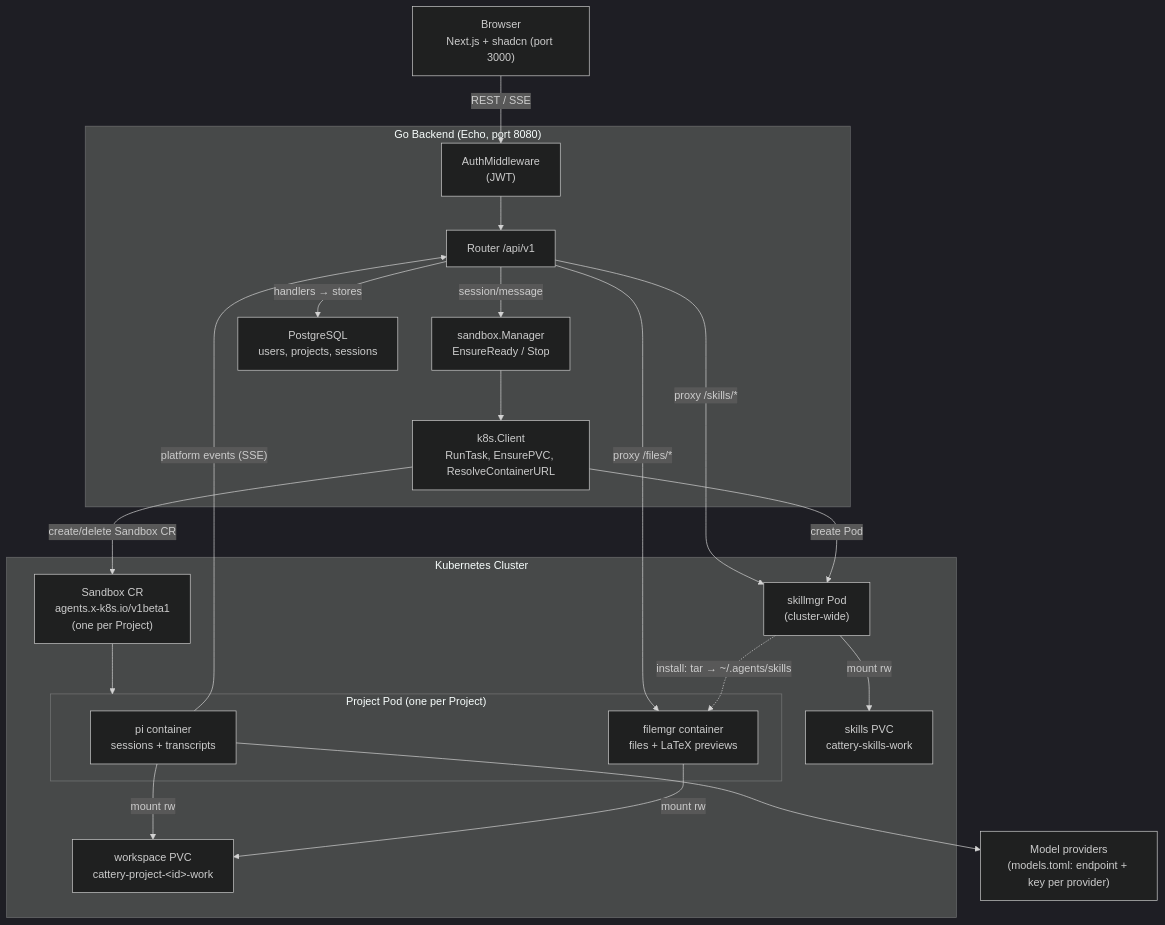
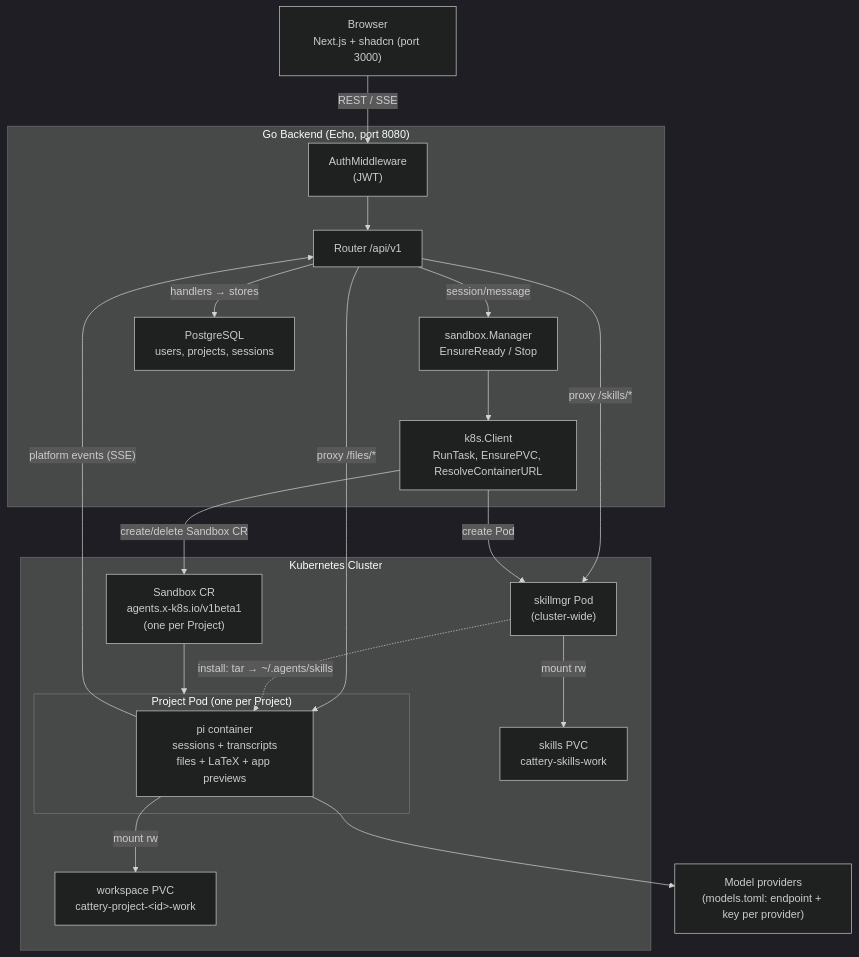
Before and after one commit to wellCh4n/cattery: the diagram in README.md, drawn with Mermaid (dark theme). The commit also changed other lines of this file and 36 other files, not shown here.

````diff
--- a/README.md
+++ b/README.md
@@ -7,43 +7,41 @@
 ```mermaid
 graph TD
     Browser["Browser\nNext.js + shadcn (port 3000)"]
 
     subgraph Backend["Go Backend (Echo, port 8080)"]
         Auth["AuthMiddleware\n(JWT)"]
         Router["Router /api/v1"]
         SandboxMgr["sandbox.Manager\nEnsureReady / Stop"]
         K8sClient["k8s.Client\nRunTask, EnsurePVC, ResolveContainerURL"]
         DB["PostgreSQL\nusers, projects, sessions"]
     end
 
     subgraph K8s["Kubernetes Cluster"]
         SandboxCR["Sandbox CR\nagents.x-k8s.io/v1beta1\n(one per Project)"]
         subgraph ProjectPod["Project Pod (one per Project)"]
-            Pi["pi container\nsessions + transcripts"]
-            FileMgr["filemgr container\nfiles + LaTeX previews"]
+            Pi["pi container\nsessions + transcripts\nfiles + LaTeX + app previews"]
         end
         SkillMgr["skillmgr Pod\n(cluster-wide)"]
 
         WorkPVC["workspace PVC\ncattery-project-&lt;id&gt;-work"]
         SkillPVC["skills PVC\ncattery-skills-work"]
     end
 
     ModelAPI["Model providers\n(models.toml: endpoint + key per provider)"]
 
     Browser -->|"REST / SSE"| Auth
     Auth --> Router
     Router -->|"session/message"| SandboxMgr
     Router -->|"handlers → stores"| DB
-    Router -->|"proxy /files/*"| FileMgr
+    Router -->|"proxy /files/*"| Pi
     Router -->|"proxy /skills/*"| SkillMgr
-    SkillMgr -.->|"install: tar → ~/.agents/skills"| FileMgr
+    SkillMgr -.->|"install: tar → ~/.agents/skills"| Pi
     SandboxMgr --> K8sClient
     K8sClient -->|"create/delete Sandbox CR"| SandboxCR
     K8sClient -->|"create Pod"| SkillMgr
     SandboxCR --> ProjectPod
     Pi -->|"platform events (SSE)"| Router
     Pi --> ModelAPI
     Pi -->|"mount rw"| WorkPVC
-    FileMgr -->|"mount rw"| WorkPVC
     SkillMgr -->|"mount rw"| SkillPVC
 ```
````
